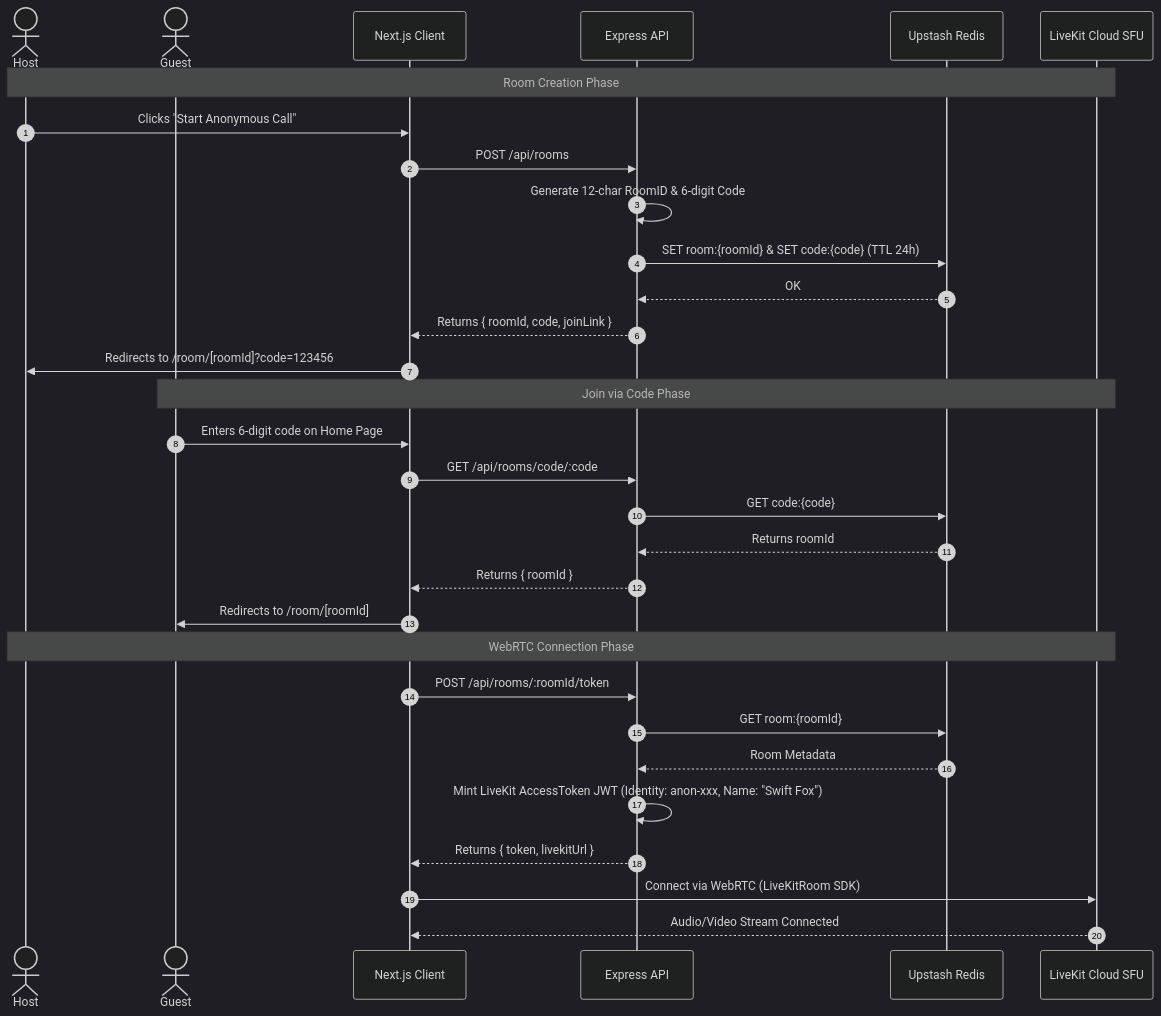
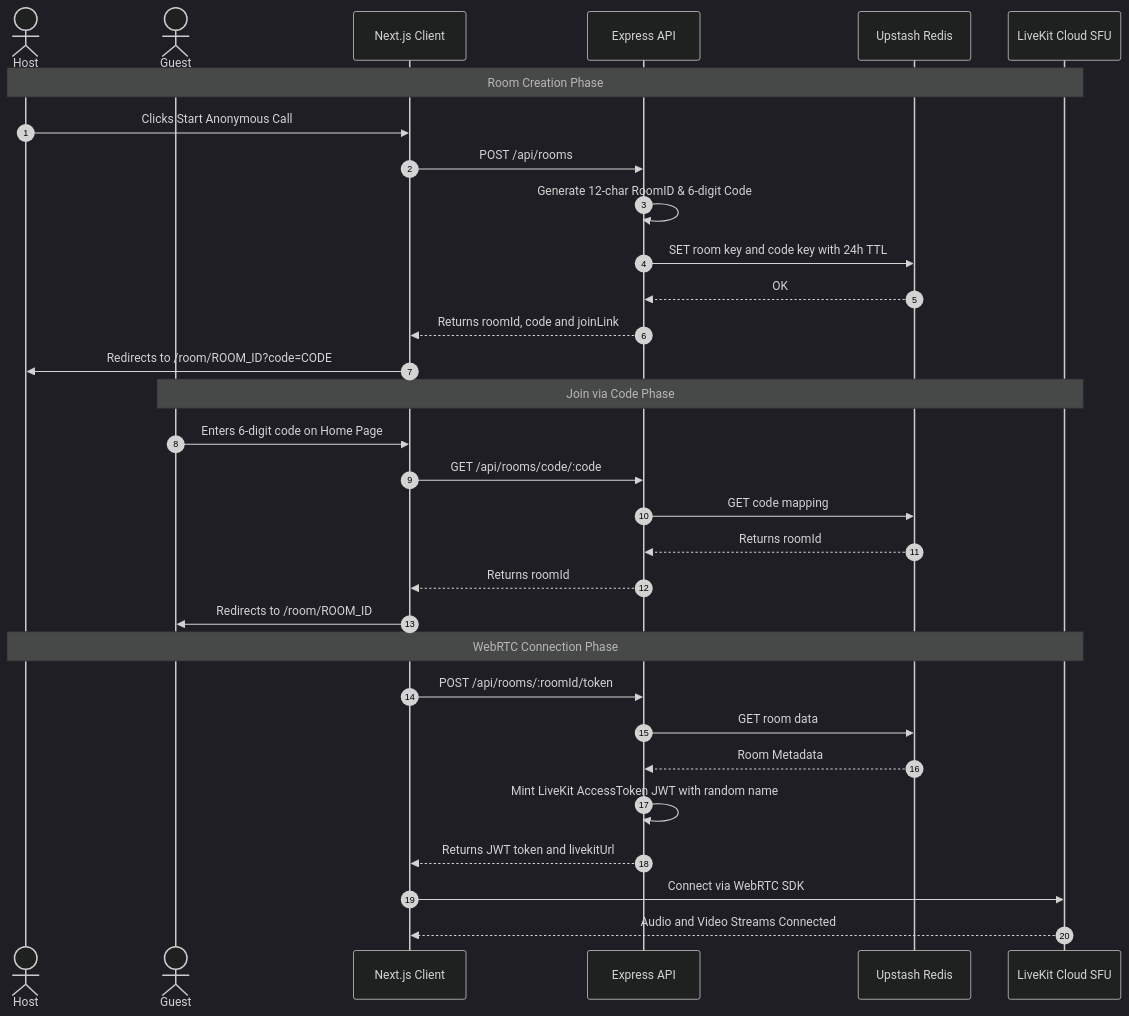
Before and after one commit to krishna23810/Ghost-call: the second of 2 diagrams in README.md, drawn with Mermaid (dark theme). The commit also changed other lines of this file, not shown here.

Commit message:
docs: simplify architecture diagrams and sequence flows in README.md

````diff
--- a/README.md
+++ b/README.md
@@ -67,36 +67,36 @@
 ```mermaid
 sequenceDiagram
     autonumber
     actor Host
     actor Guest
     participant Client as Next.js Client
     participant API as Express API
     participant Redis as Upstash Redis
     participant LiveKit as LiveKit Cloud SFU
 
     Note over Host, LiveKit: Room Creation Phase
-    Host->>Client: Clicks "Start Anonymous Call"
+    Host->>Client: Clicks Start Anonymous Call
     Client->>API: POST /api/rooms
     API->>API: Generate 12-char RoomID & 6-digit Code
-    API->>Redis: SET room:{roomId} & SET code:{code} (TTL 24h)
+    API->>Redis: SET room key and code key with 24h TTL
     Redis-->>API: OK
-    API-->>Client: Returns { roomId, code, joinLink }
-    Client->>Host: Redirects to /room/[roomId]?code=123456
+    API-->>Client: Returns roomId, code and joinLink
+    Client->>Host: Redirects to /room/ROOM_ID?code=CODE
 
     Note over Guest, LiveKit: Join via Code Phase
     Guest->>Client: Enters 6-digit code on Home Page
     Client->>API: GET /api/rooms/code/:code
-    API->>Redis: GET code:{code}
+    API->>Redis: GET code mapping
     Redis-->>API: Returns roomId
-    API-->>Client: Returns { roomId }
-    Client->>Guest: Redirects to /room/[roomId]
+    API-->>Client: Returns roomId
+    Client->>Guest: Redirects to /room/ROOM_ID
 
     Note over Host, LiveKit: WebRTC Connection Phase
     Client->>API: POST /api/rooms/:roomId/token
-    API->>Redis: GET room:{roomId}
+    API->>Redis: GET room data
     Redis-->>API: Room Metadata
-    API->>API: Mint LiveKit AccessToken JWT (Identity: anon-xxx, Name: "Swift Fox")
-    API-->>Client: Returns { token, livekitUrl }
-    Client->>LiveKit: Connect via WebRTC (LiveKitRoom SDK)
-    LiveKit-->>Client: Audio/Video Stream Connected
+    API->>API: Mint LiveKit AccessToken JWT with random name
+    API-->>Client: Returns JWT token and livekitUrl
+    Client->>LiveKit: Connect via WebRTC SDK
+    LiveKit-->>Client: Audio and Video Streams Connected
 ```
````
